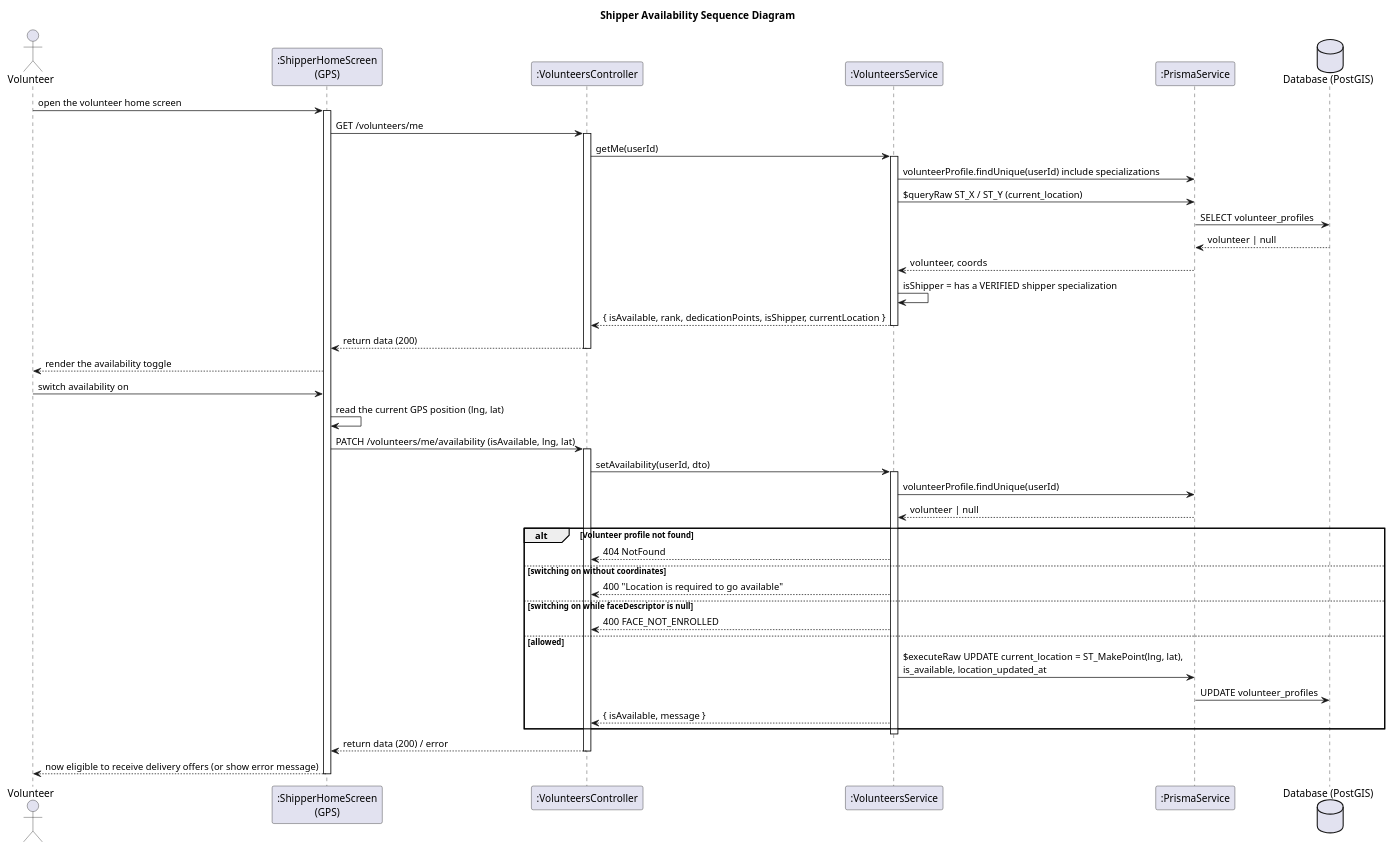
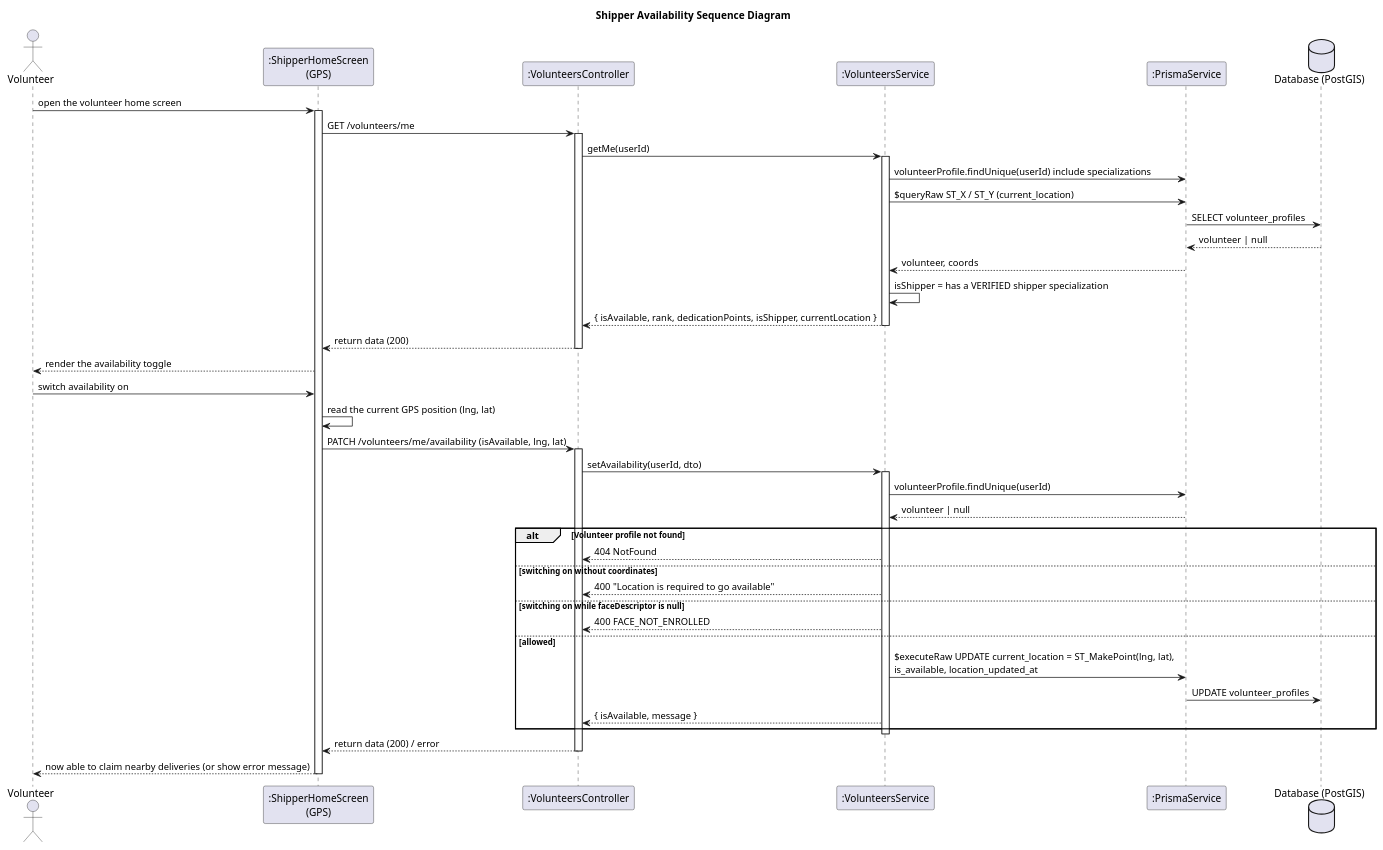
One commit to trimikey/Capstone_FoodResQ_Web changed the fourth of 6 diagrams in docs/diagrams/seq-users.puml. Above: the diagram before and after it, drawn with PlantUML. The commit also changed other lines of this file and 23 other files, not shown here.

First line of the commit message:
docs(diagrams): cap nhat sequence + class diagram theo code hien tai, bo chu thich

```diff
--- a/docs/diagrams/seq-users.puml
+++ b/docs/diagrams/seq-users.puml
@@ -218,53 +214,53 @@
 @startuml seq-volunteer-availability
 title Shipper Availability Sequence Diagram
 
 actor "Volunteer" as User
 participant ":ShipperHomeScreen\n(GPS)" as Screen
 participant ":VolunteersController" as Ctrl
 participant ":VolunteersService" as Svc
 participant ":PrismaService" as Repo
 database "Database (PostGIS)" as DB
 
 User -> Screen : open the volunteer home screen
 activate Screen
 Screen -> Ctrl : GET /volunteers/me
 activate Ctrl
 Ctrl -> Svc : getMe(userId)
 activate Svc
 Svc -> Repo : volunteerProfile.findUnique(userId) include specializations
 Svc -> Repo : $queryRaw ST_X / ST_Y (current_location)
 Repo -> DB : SELECT volunteer_profiles
 DB --> Repo : volunteer | null
 Repo --> Svc : volunteer, coords
 Svc -> Svc : isShipper = has a VERIFIED shipper specialization
 Svc --> Ctrl : { isAvailable, rank, dedicationPoints, isShipper, currentLocation }
 deactivate Svc
 Ctrl --> Screen : return data (200)
 deactivate Ctrl
 Screen --> User : render the availability toggle
 
 User -> Screen : switch availability on
 Screen -> Screen : read the current GPS position (lng, lat)
 Screen -> Ctrl : PATCH /volunteers/me/availability (isAvailable, lng, lat)
 activate Ctrl
 Ctrl -> Svc : setAvailability(userId, dto)
 activate Svc
 Svc -> Repo : volunteerProfile.findUnique(userId)
 Repo --> Svc : volunteer | null
 alt Volunteer profile not found
   Svc --> Ctrl : 404 NotFound
 else switching on without coordinates
   Svc --> Ctrl : 400 "Location is required to go available"
 else switching on while faceDescriptor is null
   Svc --> Ctrl : 400 FACE_NOT_ENROLLED
 else allowed
   Svc -> Repo : $executeRaw UPDATE current_location = ST_MakePoint(lng, lat),\nis_available, location_updated_at
   Repo -> DB : UPDATE volunteer_profiles
   Svc --> Ctrl : { isAvailable, message }
 end
 deactivate Svc
 Ctrl --> Screen : return data (200) / error
 deactivate Ctrl
-Screen --> User : now eligible to receive delivery offers (or show error message)
+Screen --> User : now able to claim nearby deliveries (or show error message)
 deactivate Screen
 @enduml
```
